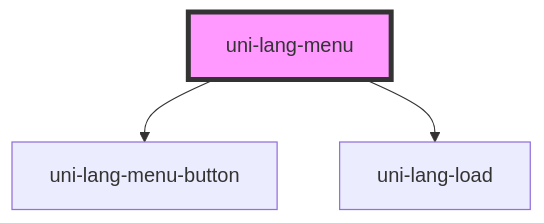
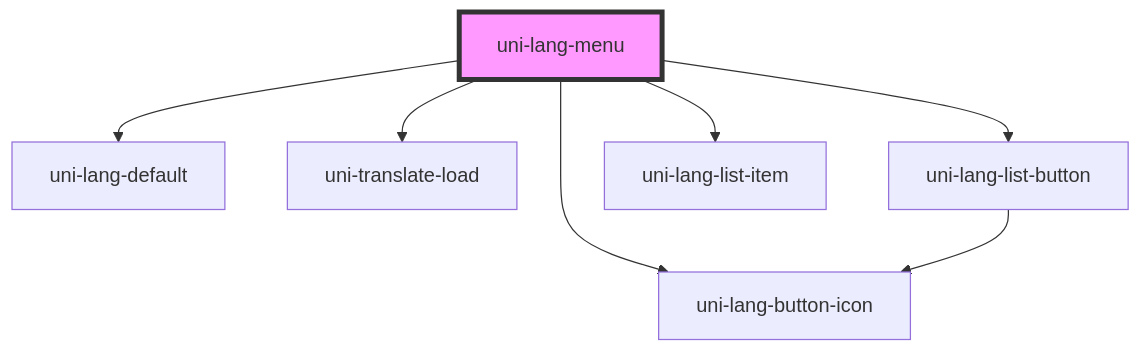
Before and after one commit to uiregex/uni-localize: the diagram in src/lang-menu/@element/readme.md, drawn with Mermaid. The commit also changed other lines of this file and 10 other files, not shown here.

````diff
--- a/src/lang-menu/@element/readme.md
+++ b/src/lang-menu/@element/readme.md
@@ -39,6 +39,10 @@
 ```mermaid
 graph TD;
-  uni-lang-menu --> uni-lang-menu-button
-  uni-lang-menu --> uni-lang-load
+  uni-lang-menu --> uni-lang-default
+  uni-lang-menu --> uni-lang-button-icon
+  uni-lang-menu --> uni-translate-load
+  uni-lang-menu --> uni-lang-list-button
+  uni-lang-menu --> uni-lang-list-item
+  uni-lang-list-button --> uni-lang-button-icon
   style uni-lang-menu fill:#f9f,stroke:#333,stroke-width:4px
 ```
````
